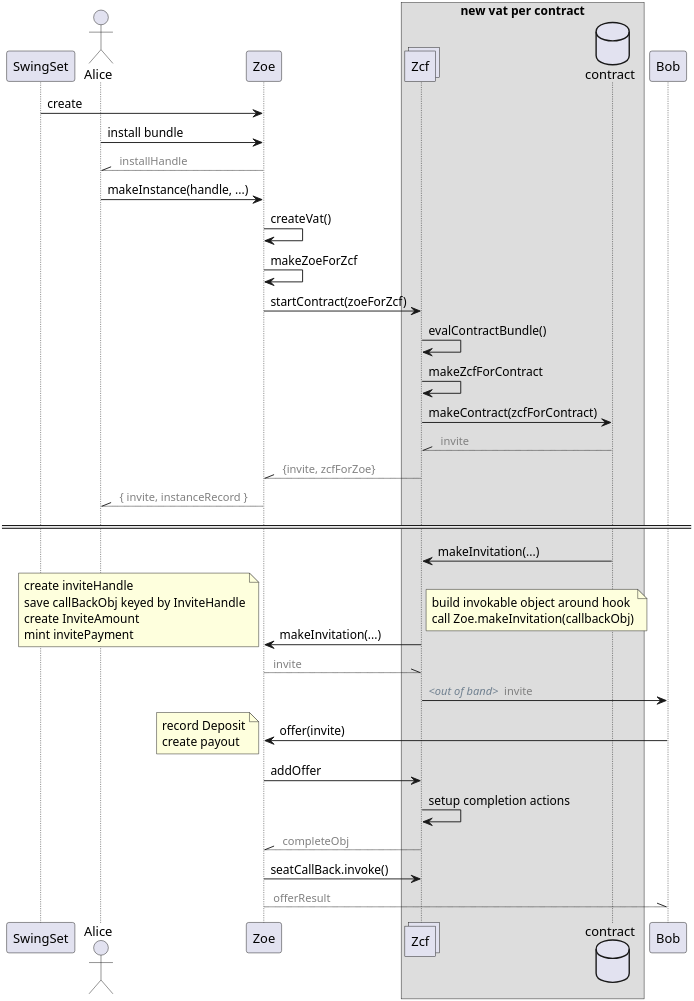
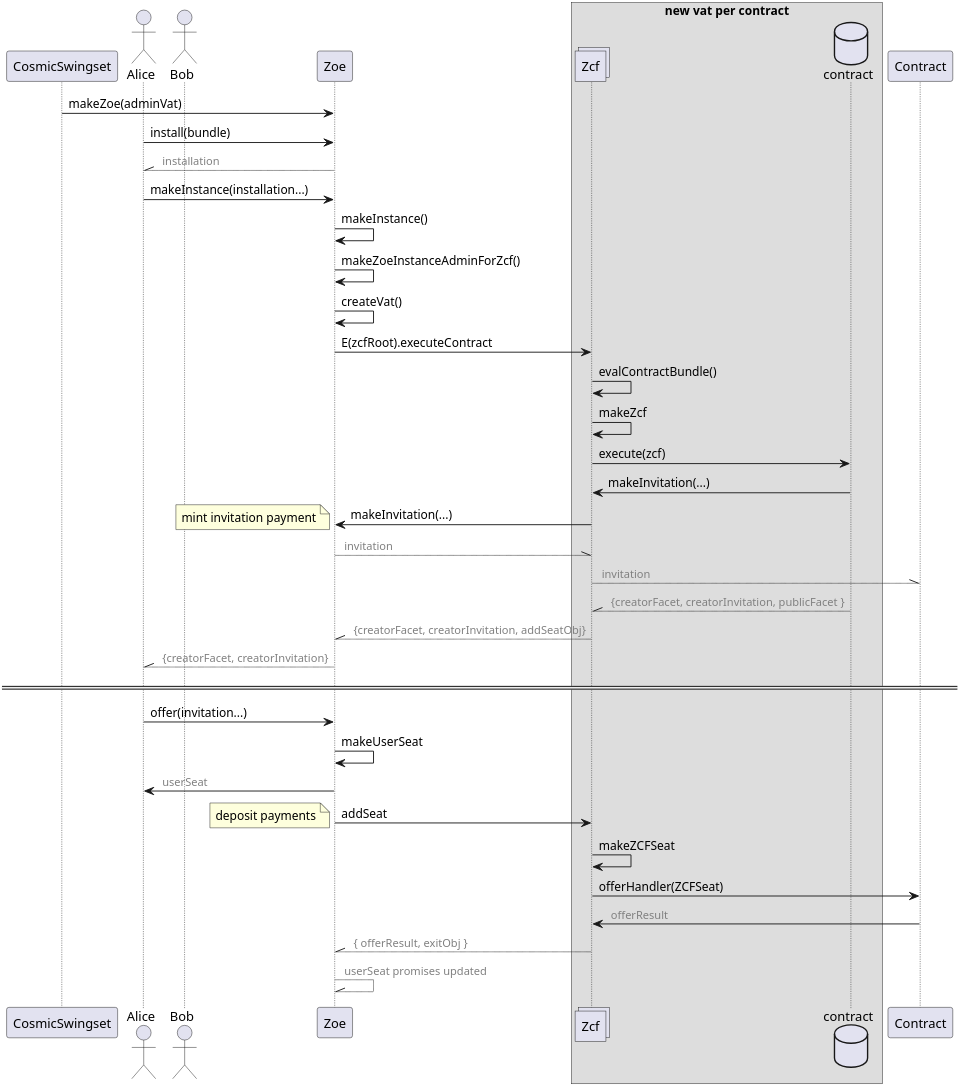
The diagram in packages/zoe/docs/zoe-zcf.puml (Agoric/agoric-sdk), drawn with PlantUML before and after one commit. The commit also changed 65 other files, not shown here.

Commit message:
refactor: refactor Zoe to use seat objects rather than offerHandles

```diff
--- a/packages/zoe/docs/zoe-zcf.puml
+++ b/packages/zoe/docs/zoe-zcf.puml
@@ -2,53 +2,51 @@
 @startuml Zoe communication with Zcf
 scale 8
 
-participant SwingSet
+participant CosmicSwingset
 actor Alice
+actor Bob
 participant Zoe
 box new vat per contract
 collections Zcf
 database contract
 end box
 
-SwingSet -> Zoe : create
-Alice -> Zoe : install bundle
-Alice //-- Zoe : <font color=gray><size:12> installHandle
-Alice -> Zoe : makeInstance(handle, ...)
+CosmicSwingset -> Zoe : makeZoe(adminVat)
+Alice -> Zoe : install(bundle)
+Alice //-- Zoe : <font color=gray><size:12> installation
+Alice -> Zoe : makeInstance(installation...)
+Zoe -> Zoe : makeInstance()
+Zoe -> Zoe : makeZoeInstanceAdminForZcf()
 Zoe -> Zoe : createVat()
-Zoe -> Zoe : makeZoeForZcf
-Zoe -> Zcf : startContract(zoeForZcf)
+Zoe -> Zcf : E(zcfRoot).executeContract
 Zcf -> Zcf : evalContractBundle()
-Zcf -> Zcf : makeZcfForContract
-Zcf -> contract : makeContract(zcfForContract)
-contract --\\ Zcf : <font color=gray><size:12> invite
-Zcf --\\ Zoe : <font color=gray><size:12> {invite, zcfForZoe}
-Alice //-- Zoe : <font color=gray><size:12> { invite, instanceRecord }
+Zcf -> Zcf : makeZcf
+Zcf -> contract : execute(zcf)
+contract -> Zcf : makeInvitation(...)
+Zcf -> Zoe : makeInvitation(...)
+note left
+mint invitation payment
+end note
+Zoe --\\ Zcf : <font color=gray><size:12> invitation
+Zcf --\\ Contract : <font color=gray><size:12> invitation
+contract --\\ Zcf : <font color=gray><size:12> {creatorFacet, creatorInvitation, publicFacet }
+Zcf --\\ Zoe : <font color=gray><size:12> {creatorFacet, creatorInvitation, addSeatObj}
+Alice //-- Zoe : <font color=gray><size:12> {creatorFacet, creatorInvitation}
 
 ====
-contract -> Zcf : makeInvitation(...)
-Zcf -> Zoe : makeInvitation(...)
-note right
-build invokable object around hook
-call Zoe.makeInvitation(callbackObj)
+
+Alice -> Zoe : offer(invitation...)
+Zoe -> Zoe : makeUserSeat
+Zoe -> Alice : <font color=gray><size:12> userSeat
+Zoe -> Zcf : addSeat
+note left
+deposit payments
 end note
-note left
-create inviteHandle
-save callBackObj keyed by InviteHandle
-create InviteAmount
-mint invitePayment
-end note
+Zcf -> Zcf : makeZCFSeat
+Zcf -> Contract : offerHandler(ZCFSeat)
+Contract -> Zcf : <font color=gray><size:12> offerResult
+Zcf --\\ Zoe : <font color=gray><size:12> { offerResult, exitObj }
 
-Zoe --\\ Zcf : <font color=gray><size:12> invite
-Zcf -> Bob :  <font color=slategray><size:12>//<out of band>// <font color=gray><size:12> invite
-Bob -> Zoe : offer(invite)
-note left
-record Deposit
-create payout
-end note
-Zoe -> Zcf : addOffer
-Zcf -> Zcf : setup completion actions
-Zcf --\\ Zoe : <font color=gray><size:12> completeObj
-Zoe -> Zcf : seatCallBack.invoke()
-Zoe --\\ Bob : <font color=gray><size:12> offerResult
+Zoe --\\ Zoe : <font color=gray><size:12> userSeat promises updated
 
 @enduml
```
